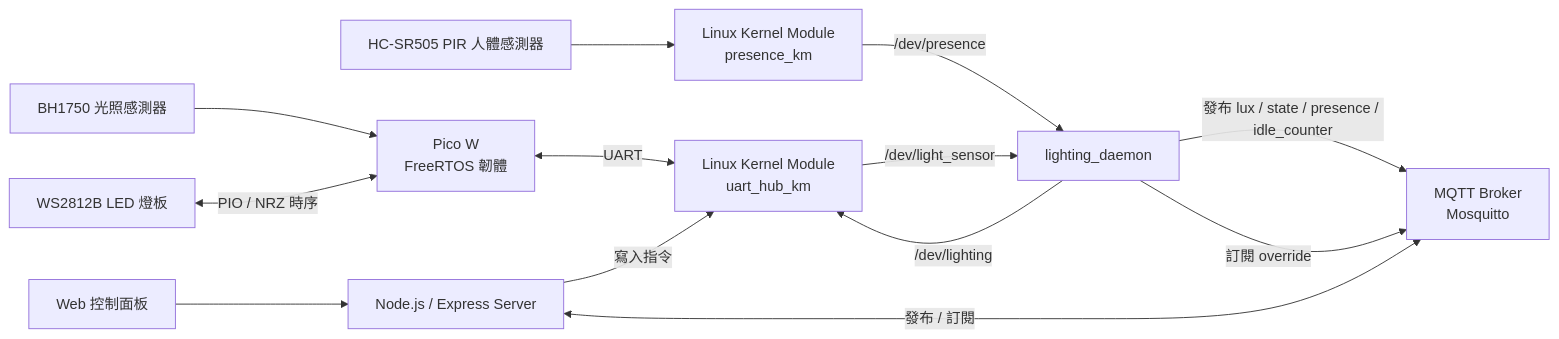
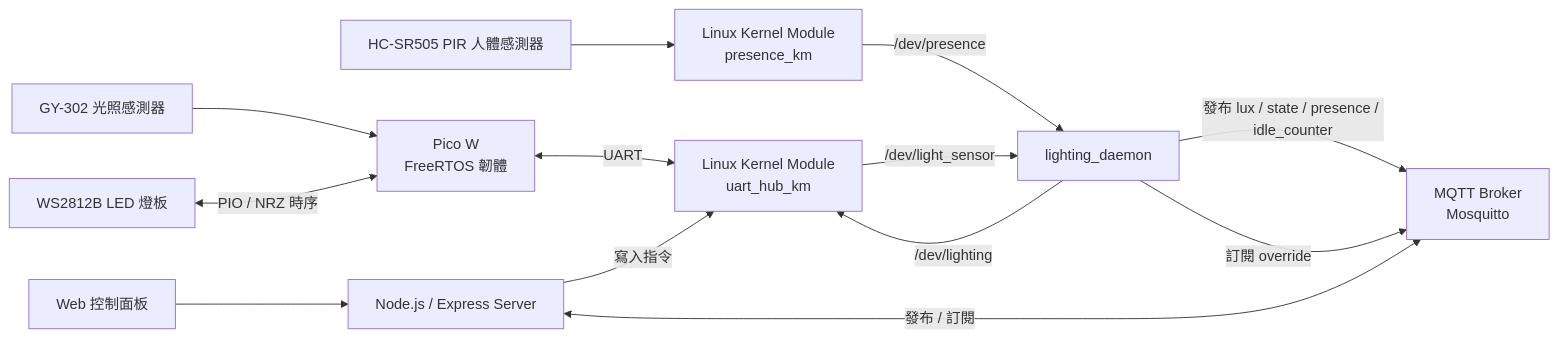
One commit to Suzanne0611/smart-space-lighting-system changed the second of 2 diagrams in README.md. Above: the diagram before and after it, drawn with Mermaid. The commit also changed other lines of this file, not shown here.

````diff
--- a/README.md
+++ b/README.md
@@ -424,19 +424,19 @@
 ```mermaid
 flowchart LR
-    BH1750[BH1750 光照感測器] --> PicoW[Pico W<br/>FreeRTOS 韌體]
+    GY-302[GY-302 光照感測器] --> PicoW[Pico W<br/>FreeRTOS 韌體]
     LED[WS2812B LED 燈板] <-->|PIO / NRZ 時序| PicoW
 
     PIR[HC-SR505 PIR 人體感測器] --> PresenceKM[Linux Kernel Module<br/>presence_km]
     PresenceKM -->|/dev/presence| Daemon[lighting_daemon]
 
     PicoW <-->|UART| UartHub[Linux Kernel Module<br/>uart_hub_km]
     UartHub -->|/dev/light_sensor| Daemon
     Daemon -->|/dev/lighting| UartHub
 
     Daemon -->|發布 lux / state / presence / idle_counter| MQTT[MQTT Broker<br/>Mosquitto]
     Daemon -->|訂閱 override| MQTT
 
     WebUI[Web 控制面板] --> Server[Node.js / Express Server]
     Server <-->|發布 / 訂閱| MQTT
     Server -->|寫入指令| UartHub
 ```
````
